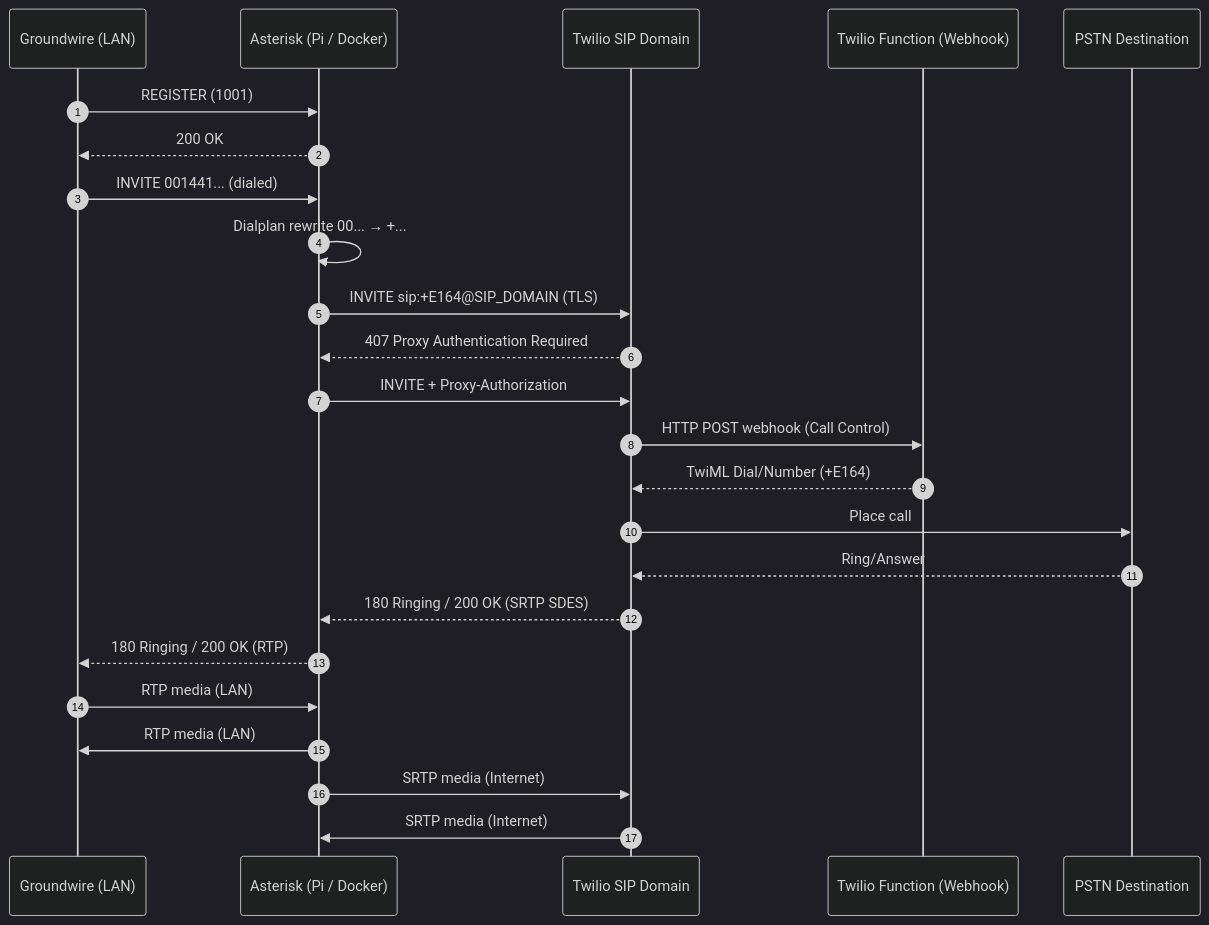
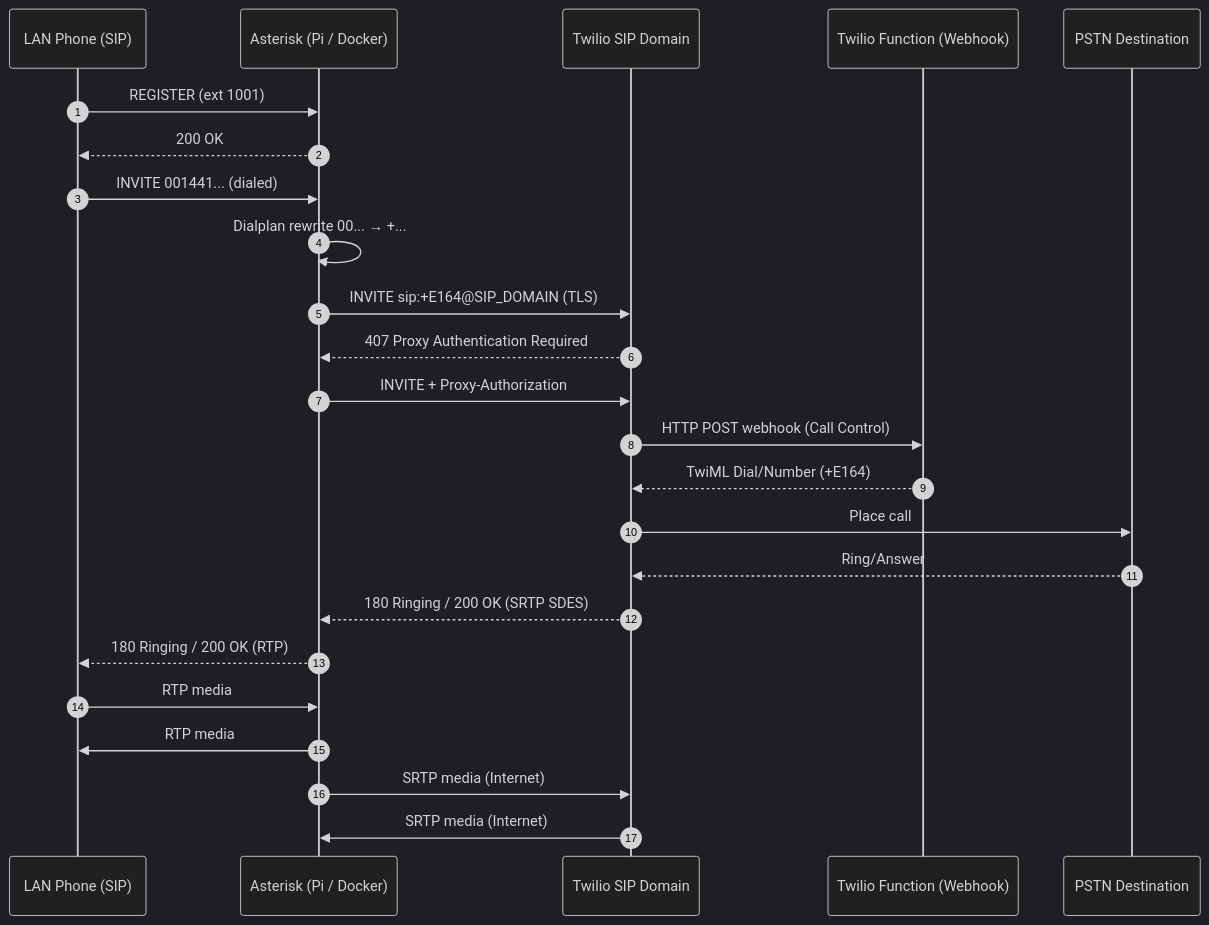
The second of 2 diagrams in README.md (miketigerblue/asterisk-twilio-pbx), drawn with Mermaid (dark theme) before and after one commit. The commit also changed other lines of this file and 24 other files, not shown here.

````diff
--- a/README.md
+++ b/README.md
@@ -69,32 +187,32 @@
 ```mermaid
 sequenceDiagram
   autonumber
-  participant GW as Groundwire (LAN)
+  participant GW as LAN Phone (SIP)
   participant A as Asterisk (Pi / Docker)
   participant TD as Twilio SIP Domain
   participant FN as Twilio Function (Webhook)
   participant PSTN as PSTN Destination
 
-  GW->>A: REGISTER (1001)
+  GW->>A: REGISTER (ext 1001)
   A-->>GW: 200 OK
 
   GW->>A: INVITE 001441... (dialed)
   A->>A: Dialplan rewrite 00... → +...
 
   A->>TD: INVITE sip:+E164@SIP_DOMAIN (TLS)
   TD-->>A: 407 Proxy Authentication Required
   A->>TD: INVITE + Proxy-Authorization
 
   TD->>FN: HTTP POST webhook (Call Control)
   FN-->>TD: TwiML Dial/Number (+E164)
   TD->>PSTN: Place call
 
   PSTN-->>TD: Ring/Answer
   TD-->>A: 180 Ringing / 200 OK (SRTP SDES)
   A-->>GW: 180 Ringing / 200 OK (RTP)
 
-  GW->>A: RTP media (LAN)
-  A->>GW: RTP media (LAN)
+  GW->>A: RTP media
+  A->>GW: RTP media
   A->>TD: SRTP media (Internet)
   TD->>A: SRTP media (Internet)
 ```
````
